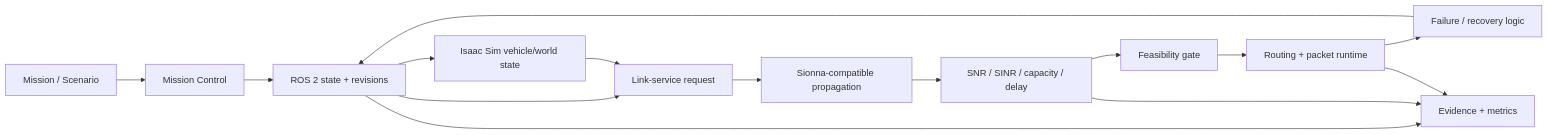
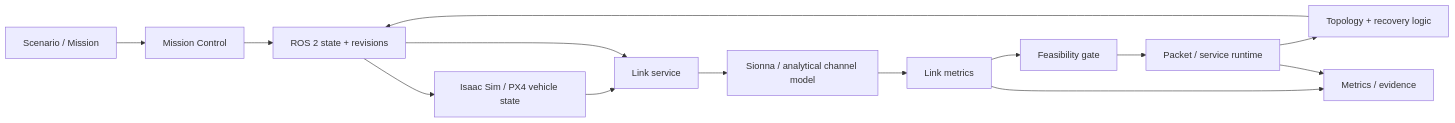
One commit to kosmicplane/SNAAS_SYM-SNAAS-Simulator changed the diagram in README.md. Above: the diagram before and after it, drawn with Mermaid. The commit also changed other lines of this file, not shown here.

Commit message:
Rebuild README with robust math rendering and richer validation evidence

````diff
--- a/README.md
+++ b/README.md
@@ -153,17 +30,16 @@
-~~~mermaid
+```mermaid
 flowchart LR
-    A[Mission / Scenario] --> B[Mission Control]
-    B --> C[ROS 2 state + revisions]
-    C --> D[Isaac Sim vehicle/world state]
-    C --> E[Link-service request]
-    D --> E
-    E --> F[Sionna-compatible propagation]
-    F --> G[SNR / SINR / capacity / delay]
-    G --> H[Feasibility gate]
-    H --> I[Routing + packet runtime]
-    I --> J[Failure / recovery logic]
-    J --> C
-    C --> K[Evidence + metrics]
-    G --> K
-    I --> K
-~~~
+    S[Scenario / Mission] --> M[Mission Control]
+    M --> R[ROS 2 state + revisions]
+    R --> I[Isaac Sim / PX4 vehicle state]
+    I --> L[Link service]
+    R --> L
+    L --> N[Sionna / analytical channel model]
+    N --> Q[Link metrics]
+    Q --> G[Feasibility gate]
+    G --> P[Packet / service runtime]
+    P --> T[Topology + recovery logic]
+    T --> R
+    Q --> E[Metrics / evidence]
+    P --> E
+```
````
